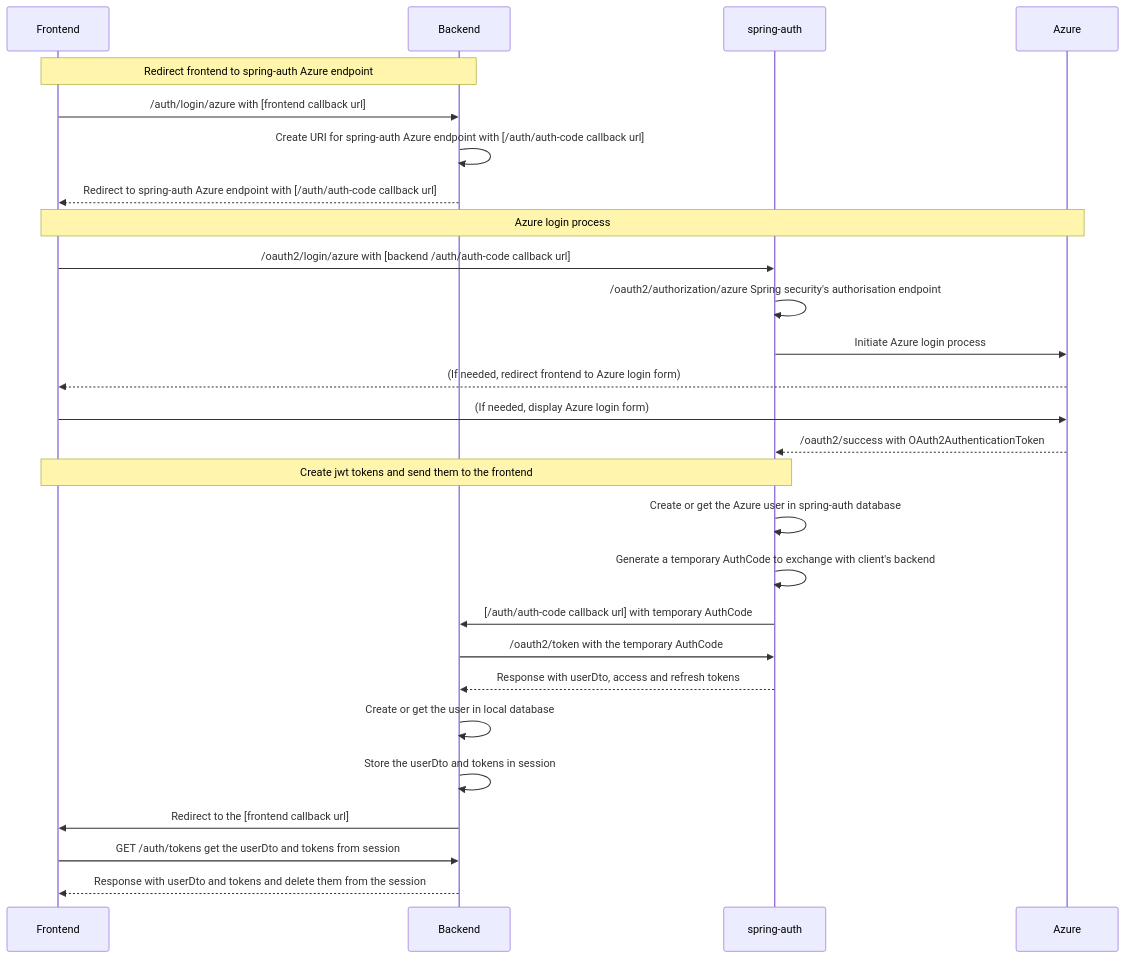
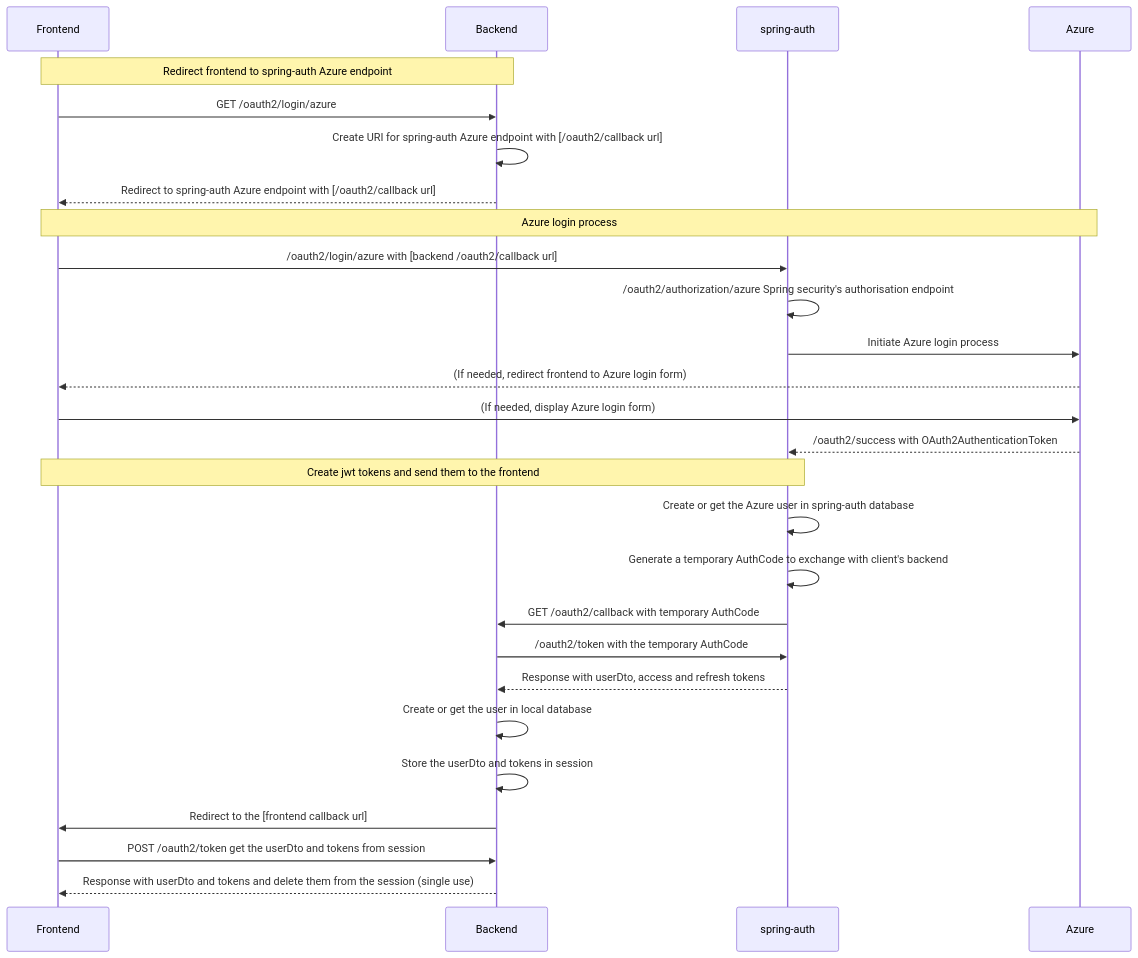
One commit to OrifInformatique/template_frontback changed the second of 8 diagrams in docs/process-documentation.md. Above: the diagram before and after it, drawn with Mermaid. The commit also changed other lines of this file and 20 other files, not shown here.

First line of the commit message:
refactor(auth): REST endpoints aligned with spring-auth, Azure login under /oauth2

````diff
--- a/docs/process-documentation.md
+++ b/docs/process-documentation.md
@@ -137,32 +137,32 @@
 ```mermaid
 sequenceDiagram
     participant Frontend
     participant Backend
     participant spring-auth
     participant Azure
  
     Note over Frontend,Backend: Redirect frontend to spring-auth Azure endpoint
-    Frontend->>Backend: /auth/login/azure with [frontend callback url]
-    Backend->>Backend: Create URI for spring-auth Azure endpoint with [/auth/auth-code callback url]
-    Backend-->>Frontend: Redirect to spring-auth Azure endpoint with [/auth/auth-code callback url]
+    Frontend->>Backend: GET /oauth2/login/azure
+    Backend->>Backend: Create URI for spring-auth Azure endpoint with [/oauth2/callback url]
+    Backend-->>Frontend: Redirect to spring-auth Azure endpoint with [/oauth2/callback url]
 
     Note over Frontend,Azure: Azure login process
-    Frontend->>spring-auth: /oauth2/login/azure with [backend /auth/auth-code callback url]
+    Frontend->>spring-auth: /oauth2/login/azure with [backend /oauth2/callback url]
     spring-auth->>spring-auth: /oauth2/authorization/azure Spring security's authorisation endpoint
     spring-auth->>Azure: Initiate Azure login process
     Azure-->>Frontend: (If needed, redirect frontend to Azure login form)
     Frontend->>Azure: (If needed, display Azure login form)
     Azure-->>spring-auth: /oauth2/success with OAuth2AuthenticationToken
 
     Note over Frontend, spring-auth: Create jwt tokens and send them to the frontend
     spring-auth->>spring-auth: Create or get the Azure user in spring-auth database
     spring-auth->>spring-auth: Generate a temporary AuthCode to exchange with client's backend
-    spring-auth->>Backend: [/auth/auth-code callback url] with temporary AuthCode
+    spring-auth->>Backend: GET /oauth2/callback with temporary AuthCode
     Backend->>spring-auth: /oauth2/token with the temporary AuthCode
     spring-auth-->>Backend: Response with userDto, access and refresh tokens
     Backend->>Backend: Create or get the user in local database
     Backend->>Backend: Store the userDto and tokens in session
     Backend->>Frontend: Redirect to the [frontend callback url]
-    Frontend->>Backend: GET /auth/tokens get the userDto and tokens from session
-    Backend-->>Frontend: Response with userDto and tokens and delete them from the session
+    Frontend->>Backend: POST /oauth2/token get the userDto and tokens from session
+    Backend-->>Frontend: Response with userDto and tokens and delete them from the session (single use)
 ```
````
